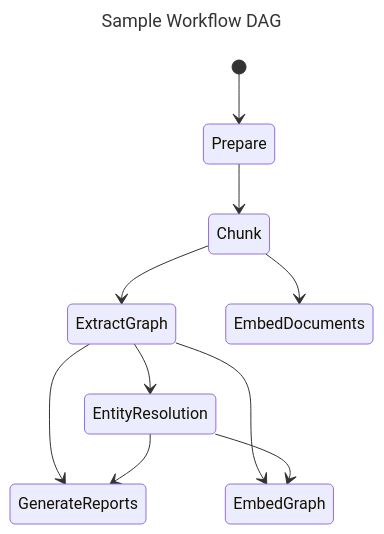
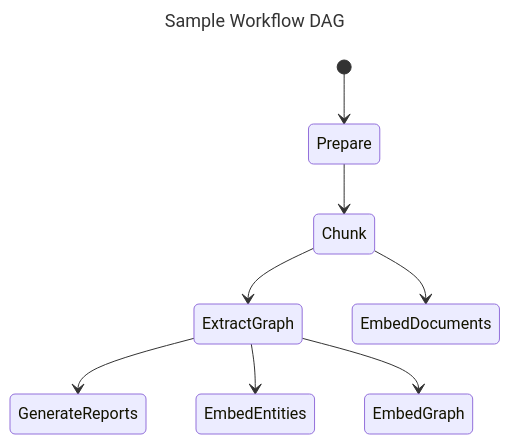
The second of 2 diagrams in docsite/posts/index/0-architecture.md (microsoft/graphrag), drawn with Mermaid before and after one commit. The commit also changed 10 other files, not shown here.

````diff
--- a/docsite/posts/index/0-architecture.md
+++ b/docsite/posts/index/0-architecture.md
@@ -45,15 +45,13 @@
 ```mermaid
 ---
 title: Sample Workflow DAG
 ---
 stateDiagram-v2
     [*] --> Prepare
     Prepare --> Chunk
     Chunk --> ExtractGraph
     Chunk --> EmbedDocuments
     ExtractGraph --> GenerateReports
+    ExtractGraph --> EmbedEntities
     ExtractGraph --> EmbedGraph
-    EntityResolution --> EmbedGraph
-    EntityResolution --> GenerateReports
-    ExtractGraph --> EntityResolution
 ```
````
